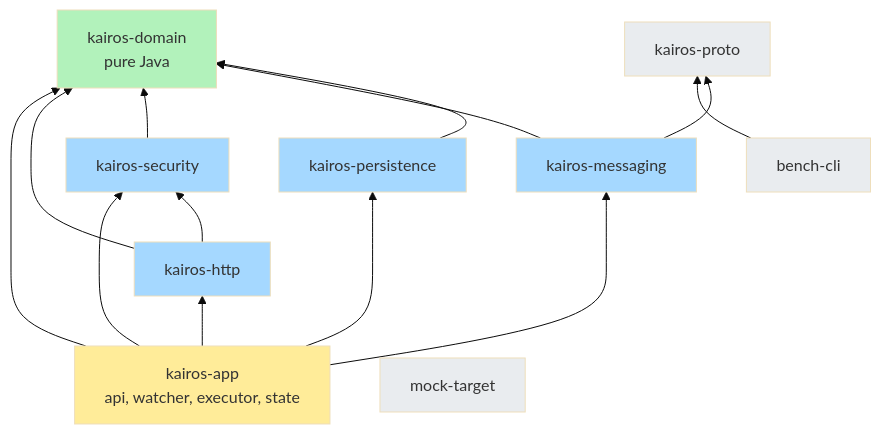
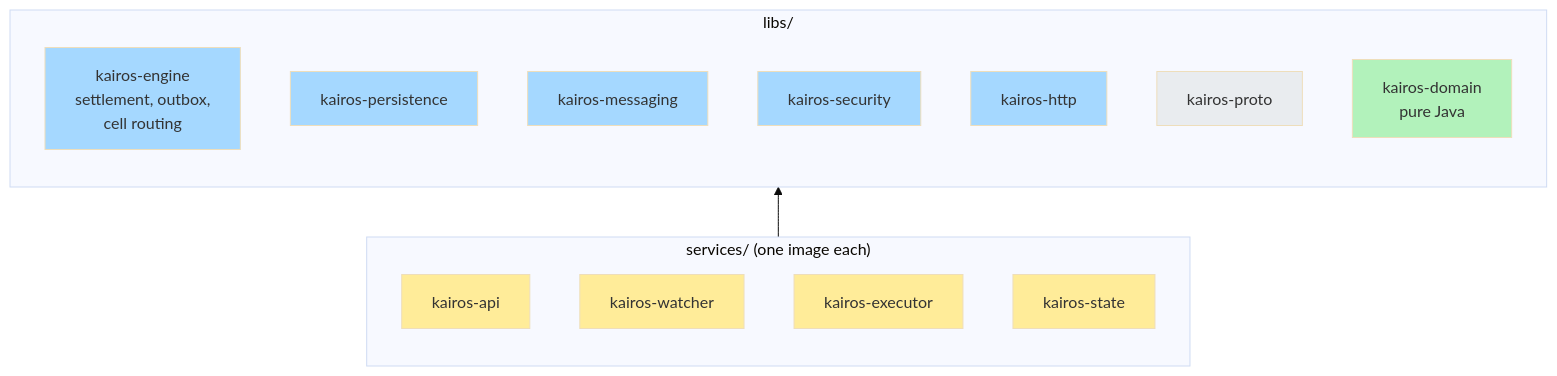
The diagram in lld/diagrams/src/lld-modules.mmd (AbhishekKhot/Distributed-Job-Scheduler), drawn with Mermaid (base theme) before and after one commit. The commit also changed 21 other files, not shown here.

```diff
--- a/lld/diagrams/src/lld-modules.mmd
+++ b/lld/diagrams/src/lld-modules.mmd
@@ -1,28 +1,25 @@
 flowchart BT
   classDef svc fill:#a5d8ff
   classDef db fill:#b2f2bb
   classDef bus fill:#ffec99
   classDef ext fill:#ffc9c9
   classDef cache fill:#d0bfff
   classDef grey fill:#e9ecef
-  domain["kairos-domain<br/>pure Java"]:::db
-  proto["kairos-proto"]:::grey
-  persistence["kairos-persistence"]:::svc
-  messaging["kairos-messaging"]:::svc
-  security["kairos-security"]:::svc
-  http["kairos-http"]:::svc
-  app["kairos-app<br/>api, watcher, executor, state"]:::bus
-  bench["bench-cli"]:::grey
-  mock["mock-target"]:::grey
-  persistence --> domain
-  messaging --> domain
-  messaging --> proto
-  security --> domain
-  http --> domain
-  http --> security
-  app --> persistence
-  app --> messaging
-  app --> security
-  app --> http
-  app --> domain
-  bench --> proto
+  subgraph SERVICES["services/ (one image each)"]
+    direction TB
+    api["kairos-api"]:::bus
+    watcher["kairos-watcher"]:::bus
+    executor["kairos-executor"]:::bus
+    state["kairos-state"]:::bus
+  end
+  subgraph LIBS["libs/"]
+    direction TB
+    engine["kairos-engine<br/>settlement, outbox,<br/>cell routing"]:::svc
+    persistence["kairos-persistence"]:::svc
+    messaging["kairos-messaging"]:::svc
+    security["kairos-security"]:::svc
+    http["kairos-http"]:::svc
+    proto["kairos-proto"]:::grey
+    domain["kairos-domain<br/>pure Java"]:::db
+  end
+  SERVICES --> LIBS
```
